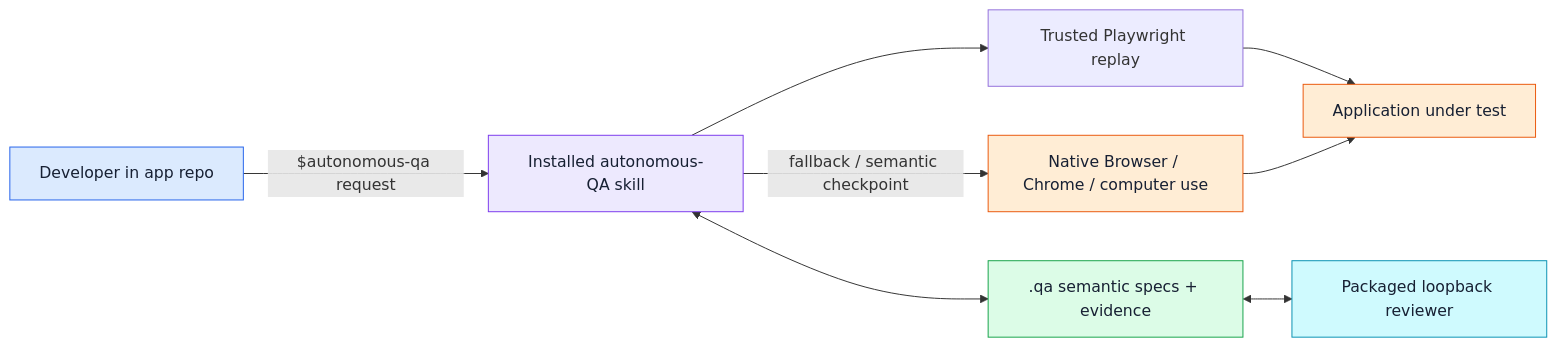
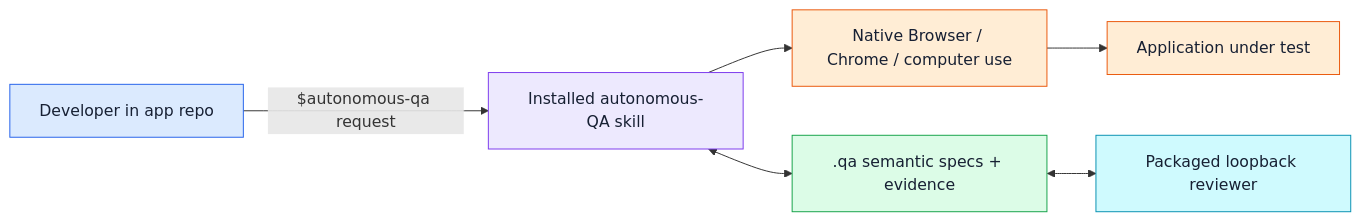
The diagram in README.md (sudip-mondal-2002/Automated-QA), drawn with Mermaid before and after one commit. The commit also changed other lines of this file and 64 other files, not shown here.

````diff
--- a/README.md
+++ b/README.md
@@ -182,21 +226,19 @@
 ```mermaid
 flowchart LR
     DEV["Developer in app repo"] -->|"$autonomous-qa request"| SKILL["Installed autonomous-QA skill"]
-    SKILL --> REPLAY["Trusted Playwright replay"]
-    REPLAY --> TARGET["Application under test"]
-    SKILL -->|"fallback / semantic checkpoint"| APP["Native Browser / Chrome / computer use"]
+    SKILL --> APP["Native Browser / Chrome / computer use"]
     APP --> TARGET["Application under test"]
     SKILL <--> FILES[".qa semantic specs + evidence"]
     FILES <--> UI["Packaged loopback reviewer"]
 
     classDef dev fill:#DBEAFE,stroke:#2563EB,color:#172033;
     classDef skill fill:#EDE9FE,stroke:#7C3AED,color:#172033;
     classDef native fill:#FFEDD5,stroke:#EA580C,color:#172033;
     classDef files fill:#DCFCE7,stroke:#16A34A,color:#172033;
     classDef ui fill:#CFFAFE,stroke:#0891B2,color:#172033;
     class DEV dev;
     class SKILL skill;
     class APP,TARGET native;
     class FILES files;
     class UI ui;
 ```
````
